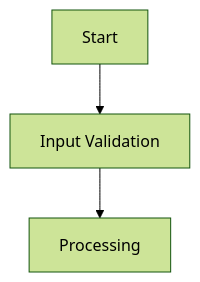
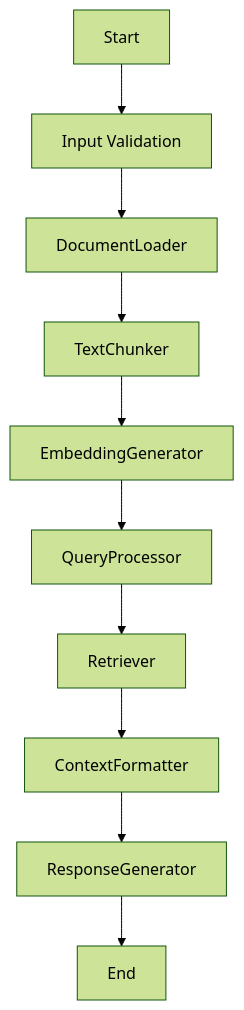
Before and after one commit to pickleton89/agent-os-pocketflow: the diagram in baseline_out/baselineragworkflow/docs/design.md, drawn with Mermaid (forest theme). The commit also changed other lines of this file and 70 other files, not shown here.

````diff
--- a/baseline_out/baselineragworkflow/docs/design.md
+++ b/baseline_out/baselineragworkflow/docs/design.md
@@ -33,5 +33,12 @@
 ```mermaid
 graph TD
     A[Start] --> B[Input Validation]
-    B --> C[Processing]
+    B --> C[DocumentLoader]
+    C --> D[TextChunker]
+    D --> E[EmbeddingGenerator]
+    E --> F[QueryProcessor]
+    F --> G[Retriever]
+    G --> H[ContextFormatter]
+    H --> I[ResponseGenerator]
+    I --> Z[End]
 ```
````
